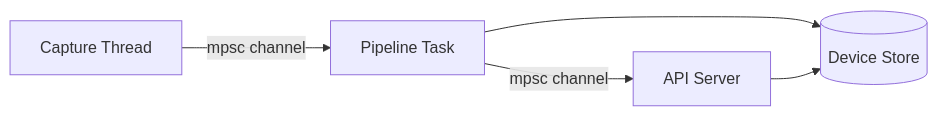
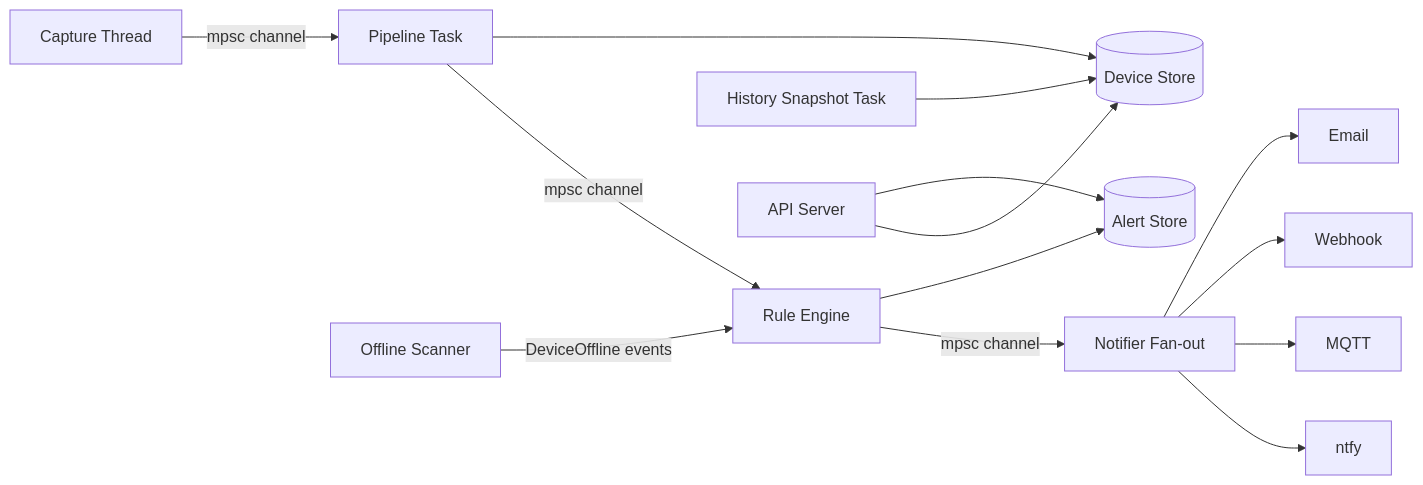
One commit to raythurman2386/edgeshield changed the diagram in README.md. Above: the diagram before and after it, drawn with Mermaid. The commit also changed other lines of this file and 5 other files, not shown here.

````diff
--- a/README.md
+++ b/README.md
@@ -63,7 +73,16 @@
 ```mermaid
 graph LR
     A[Capture Thread] -->|mpsc channel| B[Pipeline Task]
-    B -->|mpsc channel| C[API Server]
-    B --> D[(Device Store)]
-    C --> D
+    B -->|mpsc channel| C[Rule Engine]
+    C -->|mpsc channel| D[Notifier Fan-out]
+    D --> E[ntfy]
+    D --> F[MQTT]
+    D --> G[Webhook]
+    D --> H[Email]
+    B --> I[(Device Store)]
+    C --> J[(Alert Store)]
+    K[Offline Scanner] -->|DeviceOffline events| C
+    L[History Snapshot Task] --> I
+    M[API Server] --> I
+    M --> J
 ```
````
